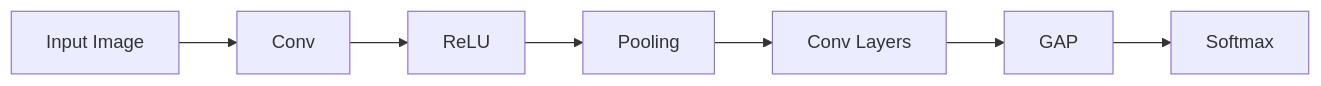
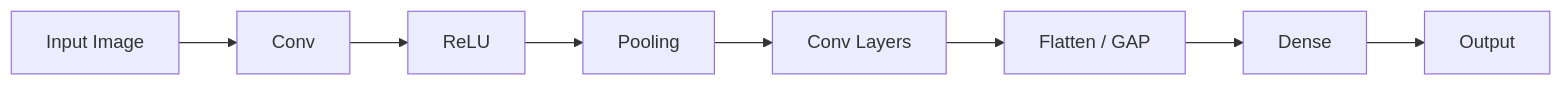
Before and after one commit to arshadhs/arshadhs.github.io: the diagram in content/docs/ai/deep-learning/067-cnn-model.md, drawn with Mermaid. The commit also changed other lines of this file and 1 other file, not shown here.

````diff
--- a/content/docs/ai/deep-learning/067-cnn-model.md
+++ b/content/docs/ai/deep-learning/067-cnn-model.md
@@ -112,9 +99,10 @@
 ```mermaid
 graph LR
 A[Input Image] --> B[Conv]
 B --> C[ReLU]
 C --> D[Pooling]
 D --> E[Conv Layers]
-E --> F[GAP]
-F --> G[Softmax]
+E --> F[Flatten / GAP]
+F --> G[Dense]
+G --> H[Output]
 ```
````
